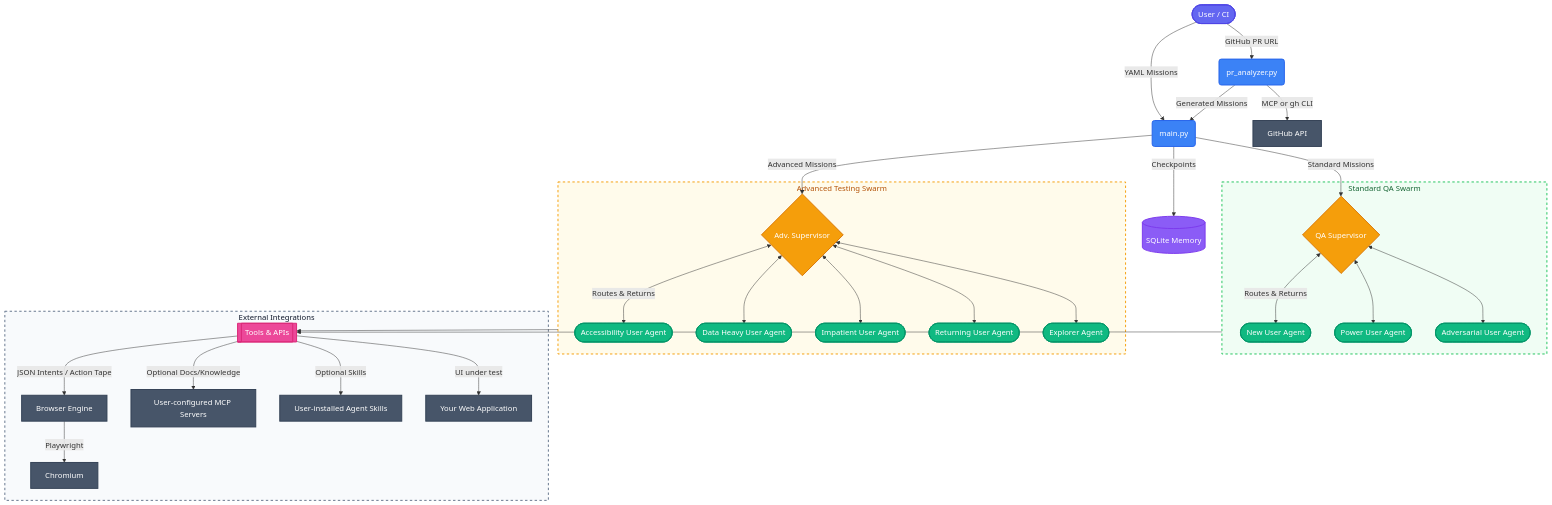
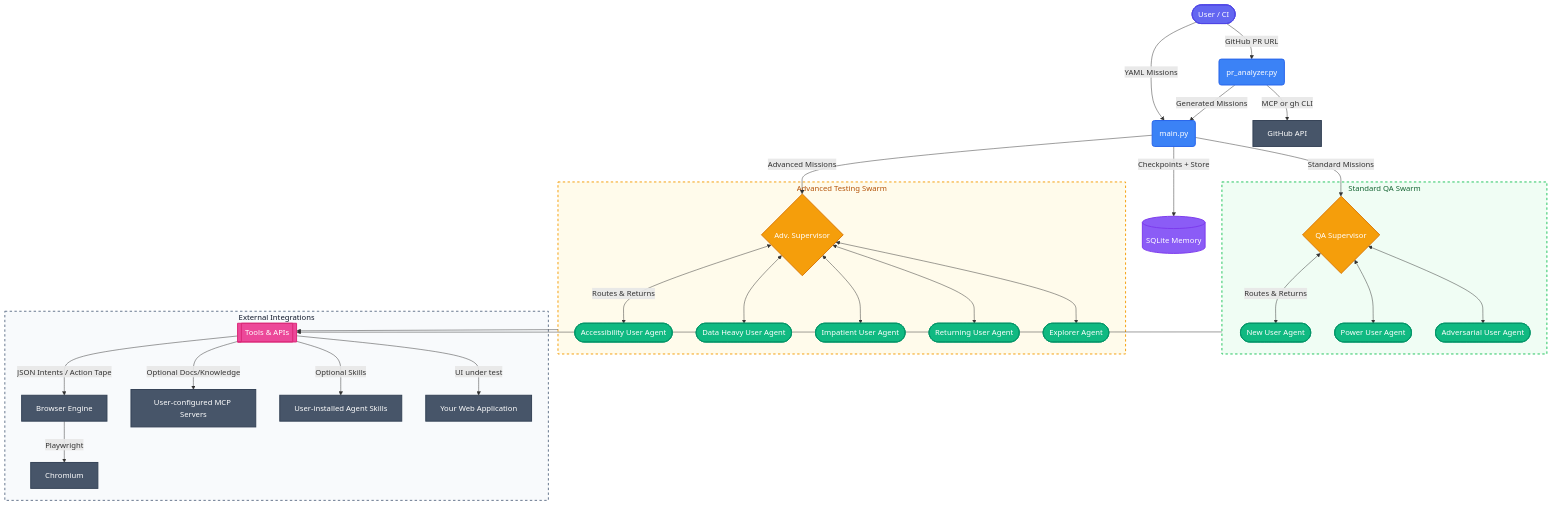
The diagram in README.md (srbarrios/agentic-test-explorer), drawn with Mermaid before and after one commit. The commit also changed other lines of this file and 8 other files, not shown here.

````diff
--- a/README.md
+++ b/README.md
@@ -27,48 +27,48 @@
 ```mermaid
 graph TD
     classDef user fill:#6366f1,stroke:#4f46e5,stroke-width:2px,color:#fff;
     classDef core fill:#3b82f6,stroke:#2563eb,stroke-width:2px,color:#fff;
     classDef supervisor fill:#f59e0b,stroke:#d97706,stroke-width:2px,color:#fff;
     classDef agent fill:#10b981,stroke:#059669,stroke-width:2px,color:#fff;
     classDef db fill:#8b5cf6,stroke:#7c3aed,stroke-width:2px,color:#fff;
     classDef tool fill:#ec4899,stroke:#db2777,stroke-width:2px,color:#fff;
     classDef external fill:#475569,stroke:#334155,stroke-width:2px,color:#fff;
 
     User([User / CI]):::user -->|YAML Missions| Main(main.py):::core
     User -->|GitHub PR URL| PR(pr_analyzer.py):::core
     PR -->|MCP or gh CLI| GH[GitHub API]:::external
     PR -->|Generated Missions| Main
 
     Main -->|Standard Missions| S_Supervisor{QA Supervisor}:::supervisor
     Main -->|Advanced Missions| A_Supervisor{Adv. Supervisor}:::supervisor
-    Main -->|Checkpoints| DB[(SQLite Memory)]:::db
+    Main -->|Checkpoints + Store| DB[(SQLite Memory)]:::db
 
     subgraph SQA [Standard QA Swarm]
         S_Supervisor <-->|Routes & Returns| S_New([New User Agent]):::agent
         S_Supervisor <--> S_Power([Power User Agent]):::agent
         S_Supervisor <--> S_Adv([Adversarial User Agent]):::agent
     end
 
     subgraph ATS [Advanced Testing Swarm]
         A_Supervisor <-->|Routes & Returns| A_Acc([Accessibility User Agent]):::agent
         A_Supervisor <--> A_Data([Data Heavy User Agent]):::agent
         A_Supervisor <--> A_Imp([Impatient User Agent]):::agent
         A_Supervisor <--> A_Ret([Returning User Agent]):::agent
         A_Supervisor <--> A_Explorer([Explorer Agent]):::agent
     end
 
     SQA --> Tools[[Tools & APIs]]:::tool
     ATS --> Tools
 
     subgraph Integrations [External Integrations]
         Tools -->|JSON Intents / Action Tape| Engine[Browser Engine]:::external
         Engine -->|Playwright| PW[Chromium]:::external
         Tools -->|Optional Docs/Knowledge| MCP[User-configured MCP Servers]:::external
         Tools -->|Optional Skills| Skills[User-installed Agent Skills]:::external
         Tools -->|UI under test| WebApp[Your Web Application]:::external
     end
 
     style SQA fill:#f0fdf4,stroke:#22c55e,stroke-width:2px,stroke-dasharray: 5 5,color:#166534
     style ATS fill:#fffbeb,stroke:#f59e0b,stroke-width:2px,stroke-dasharray: 5 5,color:#b45309
     style Integrations fill:#f8fafc,stroke:#64748b,stroke-width:2px,stroke-dasharray: 5 5,color:#0f172a
 ```
````
